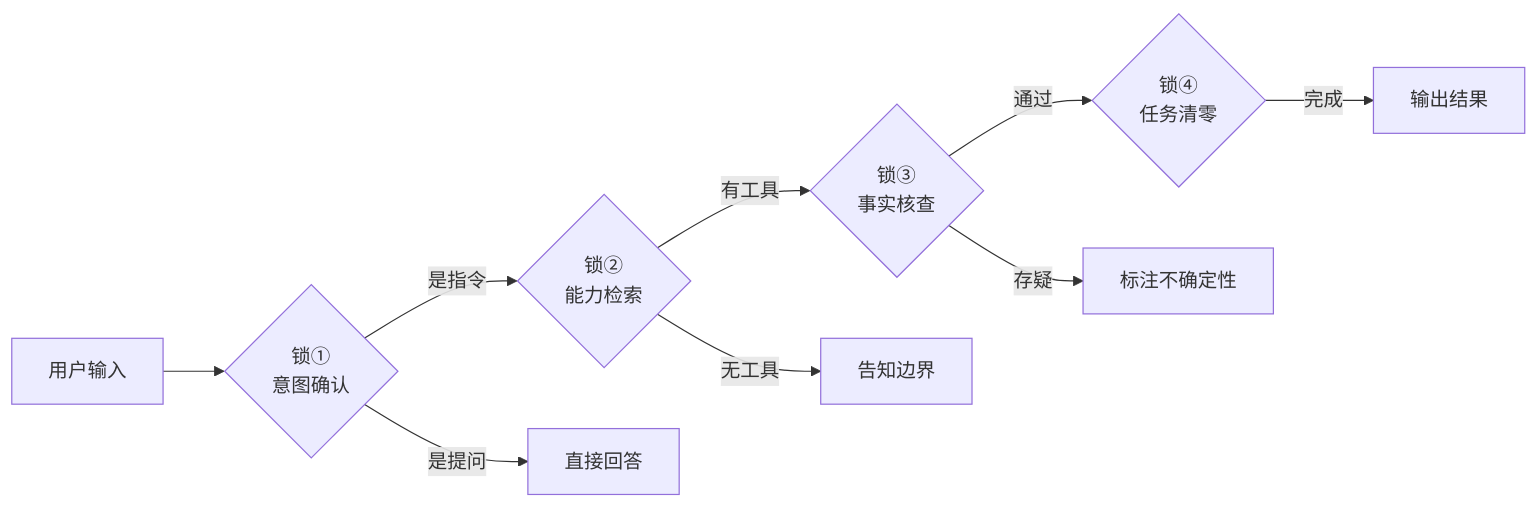
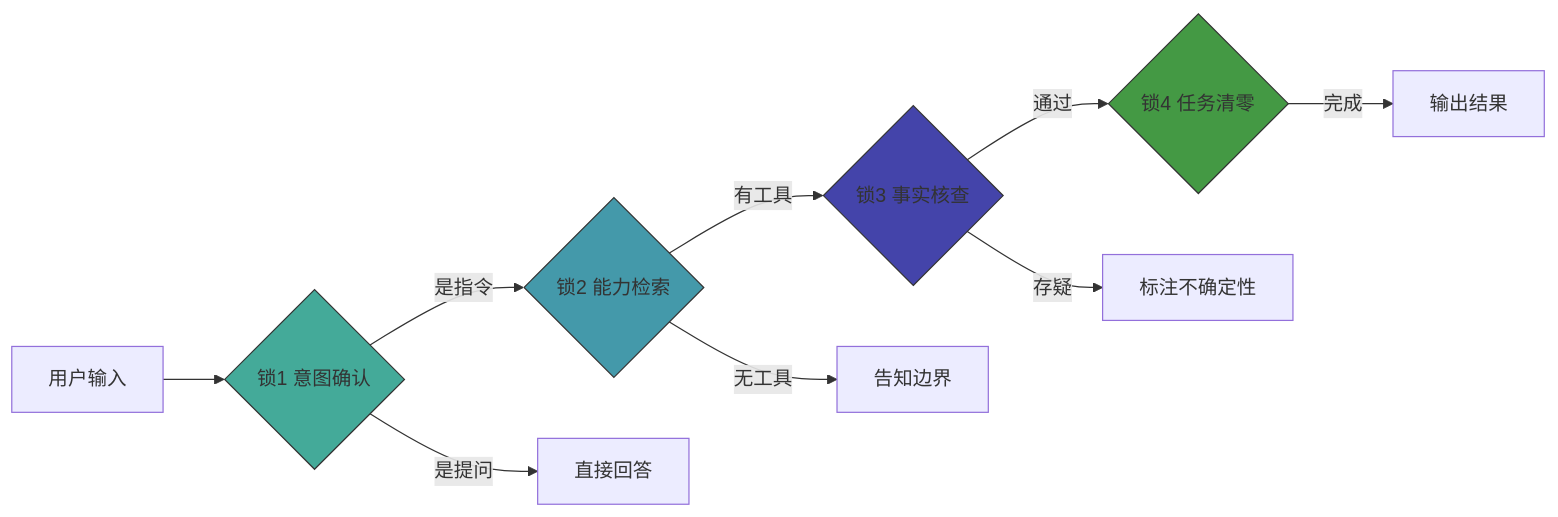
Before and after one commit to Succh/MiClaw-AI-Blog: the first of 5 diagrams in docs/专题-agent-self-check-four-locks.md, drawn with Mermaid. The commit also changed other lines of this file, not shown here.

Commit message:
feat: Agent自检四道锁机制增加Mermaid可视化图表

````diff
--- a/docs/专题-agent-self-check-four-locks.md
+++ b/docs/专题-agent-self-check-four-locks.md
@@ -27,15 +27,15 @@
 ```mermaid
 flowchart LR
-    A[用户输入] --> B{锁①
-意图确认}
-    B -->|是指令| C{锁②
-能力检索}
+    A[用户输入] --> B{锁1 意图确认}
+    B -->|是指令| C{锁2 能力检索}
     B -->|是提问| D[直接回答]
-    C -->|有工具| E{锁③
-事实核查}
+    C -->|有工具| E{锁3 事实核查}
     C -->|无工具| F[告知边界]
-    E -->|通过| G{锁④
-任务清零}
+    E -->|通过| G{锁4 任务清零}
     E -->|存疑| H[标注不确定性]
     G -->|完成| I[输出结果]
+    style B fill:#4a9,stroke:#333
+    style C fill:#49a,stroke:#333
+    style E fill:#44a,stroke:#333
+    style G fill:#494,stroke:#333
 ```
````
